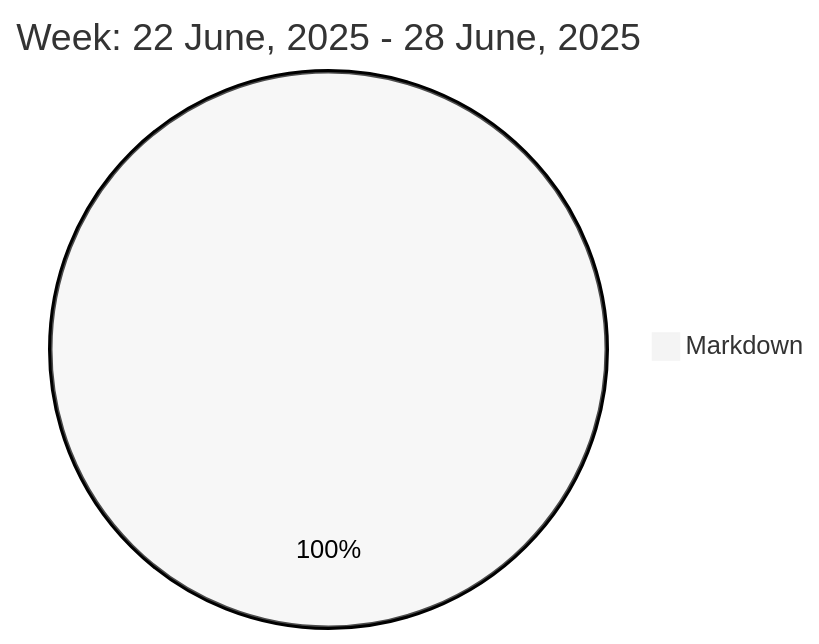
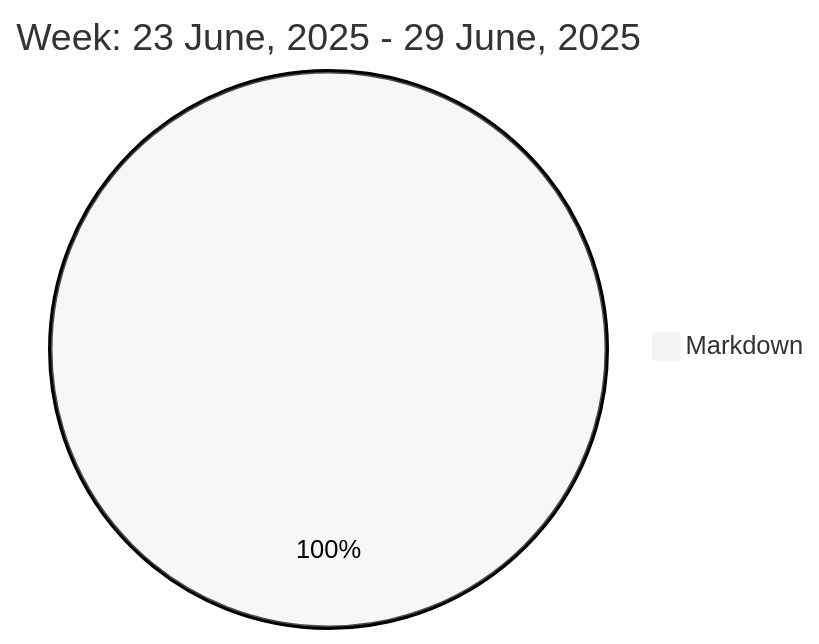
The diagram in README.md (liubin95/liubin95), drawn with Mermaid (neutral theme) before and after one commit.

Commit message:
Updated the Graph with new Metrics

````diff
--- a/README.md
+++ b/README.md
@@ -37,5 +37,5 @@
 ```mermaid
  pie
-title Week: 22 June, 2025 - 28 June, 2025
+title Week: 23 June, 2025 - 29 June, 2025
  "Markdown" : 2.5
 ```
````
